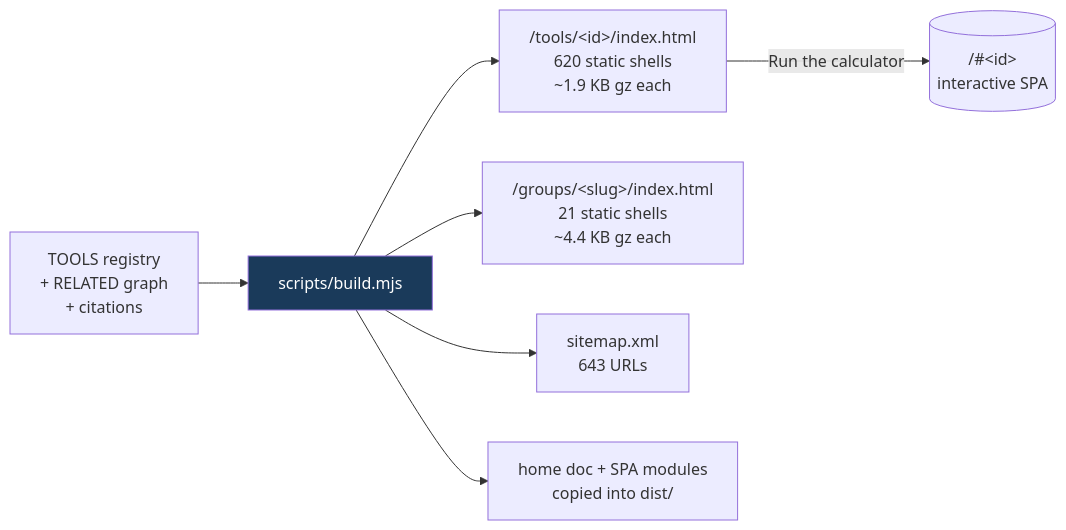
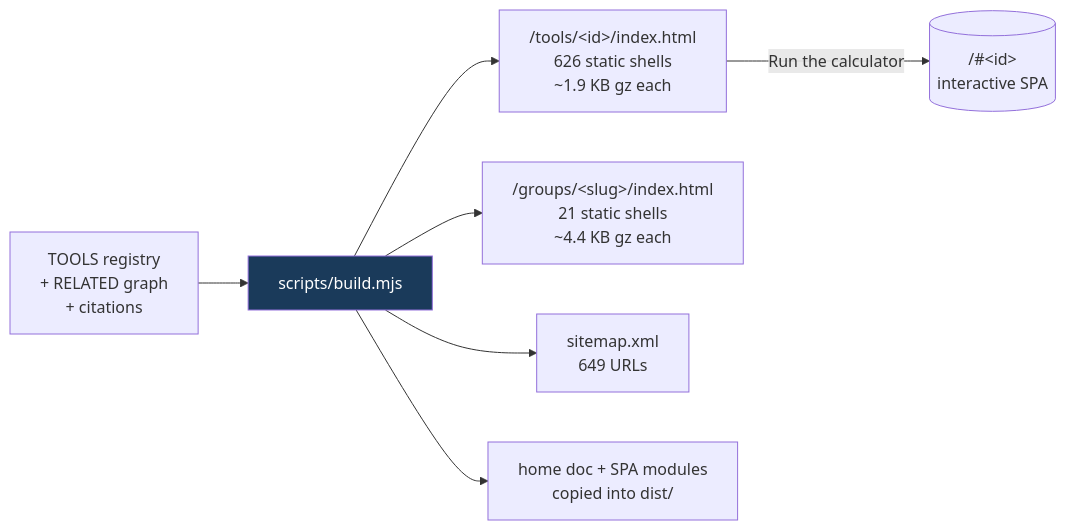
Before and after one commit to clay-good/roughlogic.com: the fifth of 8 diagrams in README.md, drawn with Mermaid. The commit also changed other lines of this file and 20 other files, not shown here.

````diff
--- a/README.md
+++ b/README.md
@@ -450,10 +450,10 @@
 ```mermaid
 flowchart LR
     SRC[TOOLS registry\n+ RELATED graph\n+ citations] --> BUILD[scripts/build.mjs]
-    BUILD --> TILE["/tools/&lt;id&gt;/index.html\n620 static shells\n~1.9 KB gz each"]
+    BUILD --> TILE["/tools/&lt;id&gt;/index.html\n626 static shells\n~1.9 KB gz each"]
     BUILD --> GROUP["/groups/&lt;slug&gt;/index.html\n21 static shells\n~4.4 KB gz each"]
-    BUILD --> MAP["sitemap.xml\n643 URLs"]
+    BUILD --> MAP["sitemap.xml\n649 URLs"]
     BUILD --> COPY[home doc + SPA modules\ncopied into dist/]
     TILE -->|Run the calculator| SPA[("/#&lt;id&gt;\ninteractive SPA")]
     style BUILD fill:#1a3a5a,color:#fff
 ```
````
